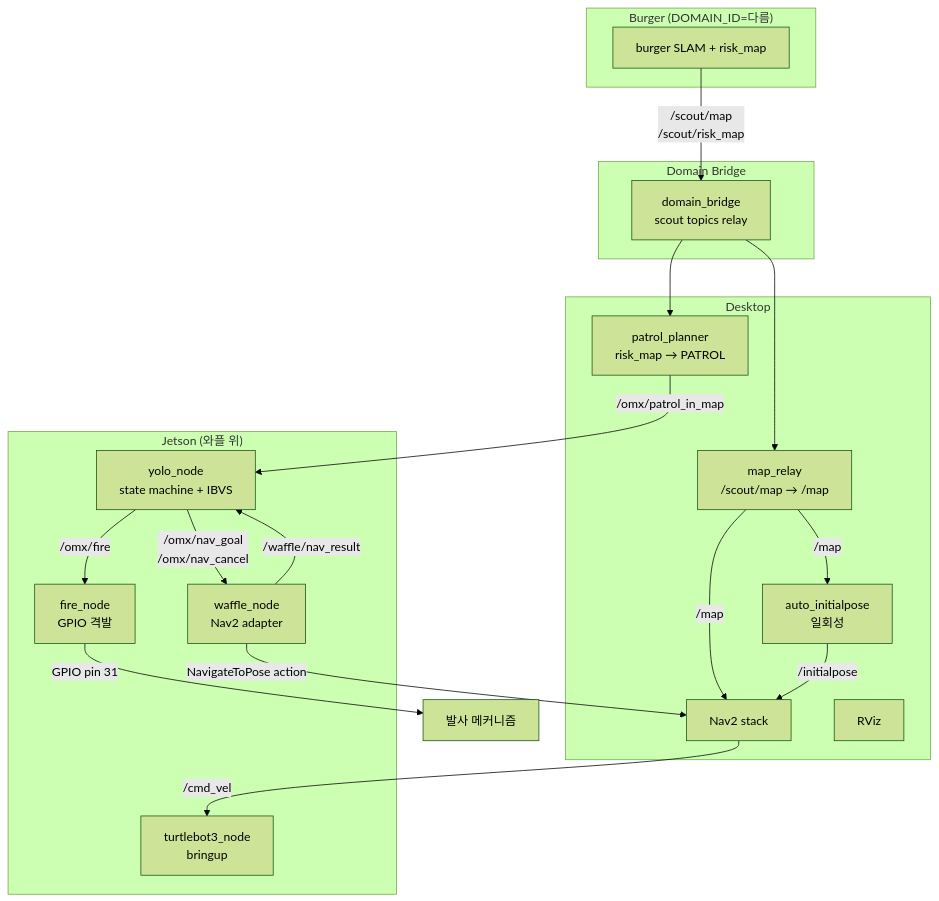
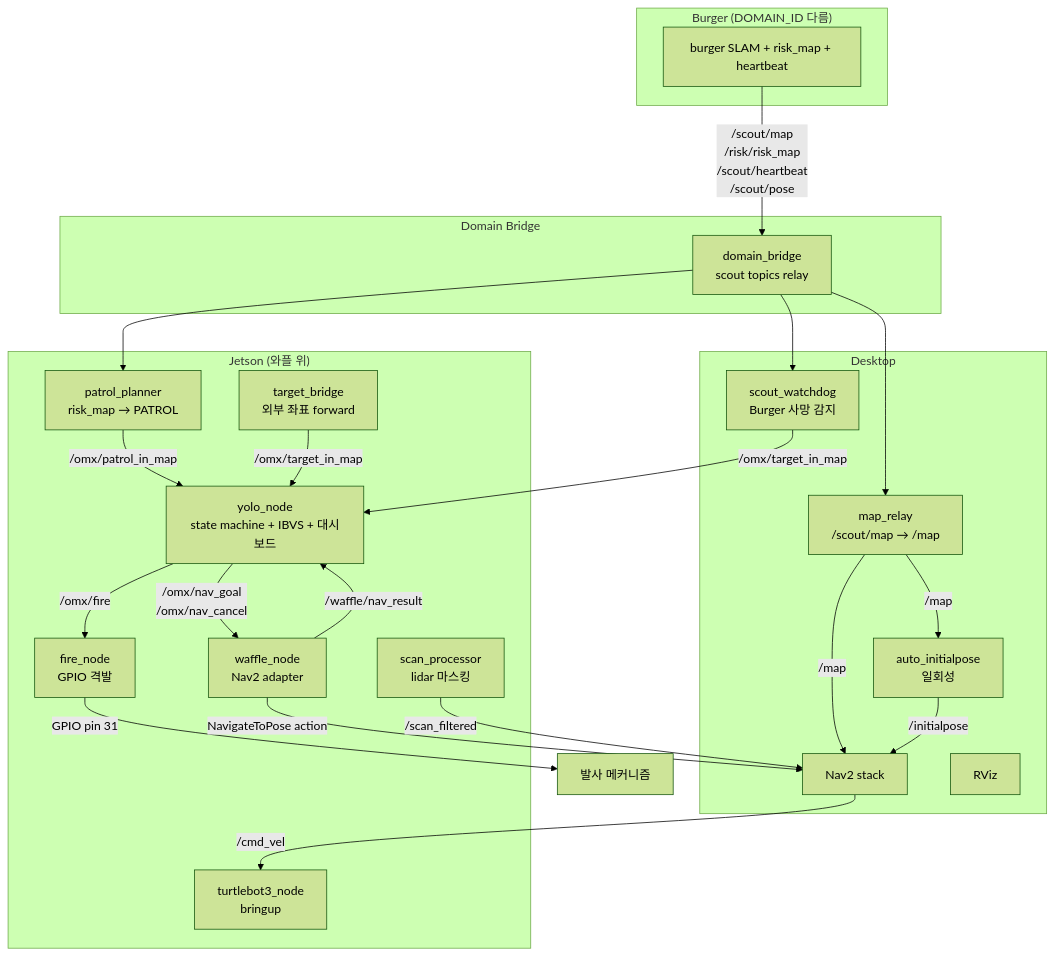
One commit to dladyddn133-creator/omx_aim changed the first of 2 diagrams in INTERFACE.md. Above: the diagram before and after it, drawn with Mermaid (forest theme). The commit also changed other lines of this file, not shown here.

````diff
--- a/INTERFACE.md
+++ b/INTERFACE.md
@@ -18,39 +34,46 @@
 ```mermaid
 graph TB
-    subgraph "Burger (DOMAIN_ID=다름)"
-        Burger[burger SLAM + risk_map]
+    subgraph "Burger (DOMAIN_ID 다름)"
+        Burger[burger SLAM + risk_map + heartbeat]
     end
-    
+
     subgraph "Domain Bridge"
         Bridge[domain_bridge<br>scout topics relay]
     end
-    
+
     subgraph "Desktop"
         MapRelay[map_relay<br>/scout/map → /map]
-        PatrolPlanner[patrol_planner<br>risk_map → PATROL]
         AutoInit[auto_initialpose<br>일회성]
+        Watchdog[scout_watchdog<br>Burger 사망 감지]
         Nav2[Nav2 stack]
         RViz[RViz]
     end
-    
+
     subgraph "Jetson (와플 위)"
-        YoloNode[yolo_node<br>state machine + IBVS]
+        PatrolPlanner[patrol_planner<br>risk_map → PATROL]
+        YoloNode[yolo_node<br>state machine + IBVS + 대시보드]
         WaffleNode[waffle_node<br>Nav2 adapter]
         FireNode[fire_node<br>GPIO 격발]
+        ScanProc[scan_processor<br>lidar 마스킹]
+        TargetBridge[target_bridge<br>외부 좌표 forward]
         TB3[turtlebot3_node<br>bringup]
     end
-    
-    Burger -->|/scout/map<br>/scout/risk_map| Bridge
+
+    Burger -->|/scout/map<br>/risk/risk_map<br>/scout/heartbeat<br>/scout/pose| Bridge
     Bridge --> MapRelay
     Bridge --> PatrolPlanner
+    Bridge --> Watchdog
     MapRelay -->|/map| Nav2
     MapRelay -->|/map| AutoInit
     AutoInit -->|/initialpose| Nav2
     PatrolPlanner -->|/omx/patrol_in_map| YoloNode
+    Watchdog -->|/omx/target_in_map| YoloNode
+    TargetBridge -->|/omx/target_in_map| YoloNode
     YoloNode -->|/omx/nav_goal<br>/omx/nav_cancel| WaffleNode
     WaffleNode -->|/waffle/nav_result| YoloNode
     WaffleNode -->|NavigateToPose action| Nav2
     Nav2 -->|/cmd_vel| TB3
+    ScanProc -->|/scan_filtered| Nav2
     YoloNode -->|/omx/fire| FireNode
     FireNode -->|GPIO pin 31| HW[발사 메커니즘]
 ```
````
